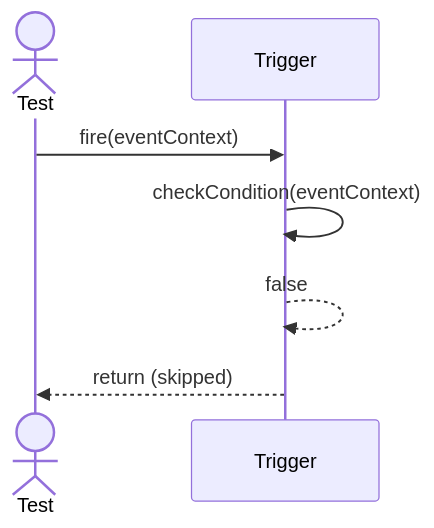
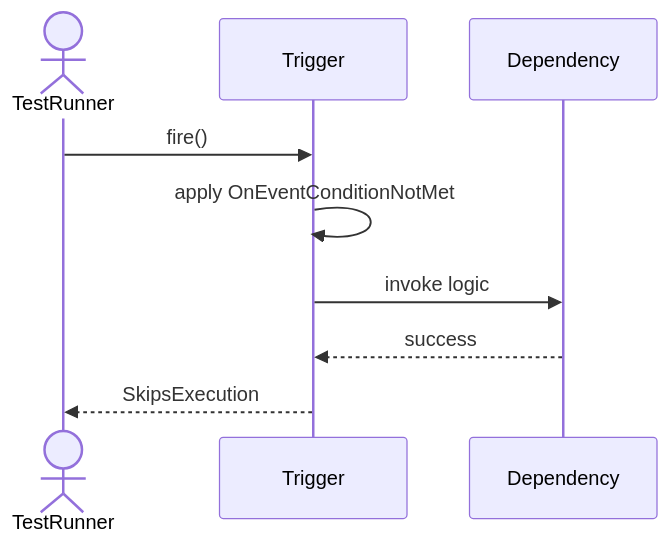
The second of 6 diagrams in Sequences/DatabaseObjectManagement/Trigger.md (TamBui1706/DBMS), drawn with Mermaid before and after one commit. The commit also changed other lines of this file and 63 other files, not shown here.

Commit message:
Draw sequence diagram for unit tests

````diff
--- a/Sequences/DatabaseObjectManagement/Trigger.md
+++ b/Sequences/DatabaseObjectManagement/Trigger.md
@@ -31,10 +33,10 @@
 ```mermaid
 sequenceDiagram
-    actor Test
+    actor TestRunner
     participant Trigger
-
-    Test->>Trigger: fire(eventContext)
-    Trigger->>Trigger: checkCondition(eventContext)
-    Trigger-->>Trigger: false
-    Trigger-->>Test: return (skipped)
+    TestRunner->>Trigger: fire()
+    Trigger->>Trigger: apply OnEventConditionNotMet
+    Trigger->>Dependency: invoke logic
+    Dependency-->>Trigger: success
+    Trigger-->>TestRunner: SkipsExecution
 ```
````
